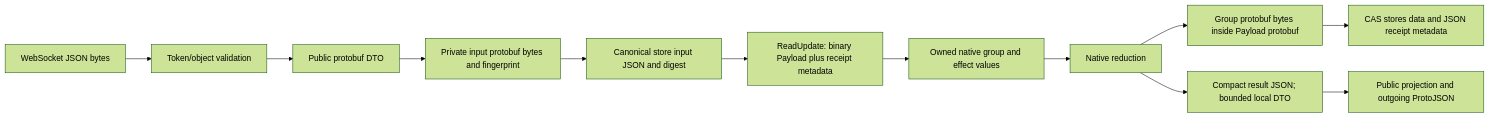
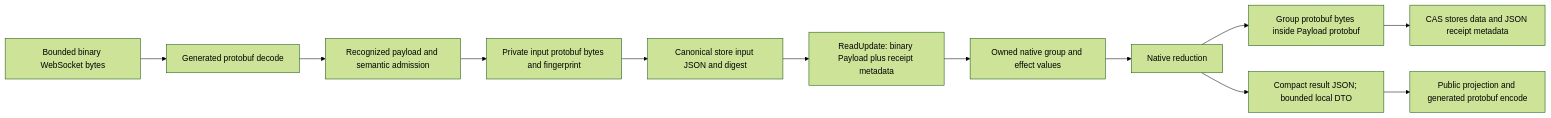
One commit to zyno-io/sipbridge changed the fifth of 6 diagrams in docs/operations/execution.md. Above: the diagram before and after it, drawn with Mermaid (forest theme). The commit also changed other lines of this file and 83 other files, not shown here.

````diff
--- a/docs/operations/execution.md
+++ b/docs/operations/execution.md
@@ -263,14 +265,14 @@
 ```mermaid
 flowchart LR
-  A[WebSocket JSON bytes] --> B[Token/object validation]
-  B --> C[Public protobuf DTO]
+  A[Bounded binary WebSocket bytes] --> B[Generated protobuf decode]
+  B --> C[Recognized payload and semantic admission]
   C --> D[Private input protobuf bytes and fingerprint]
   D --> E[Canonical store input JSON and digest]
   E --> F[ReadUpdate: binary Payload plus receipt metadata]
   F --> G[Owned native group and effect values]
   G --> H[Native reduction]
   H --> I[Group protobuf bytes inside Payload protobuf]
   I --> J[CAS stores data and JSON receipt metadata]
   H --> K[Compact result JSON; bounded local DTO]
-  K --> L[Public projection and outgoing ProtoJSON]
+  K --> L[Public projection and generated protobuf encode]
 ```
````
